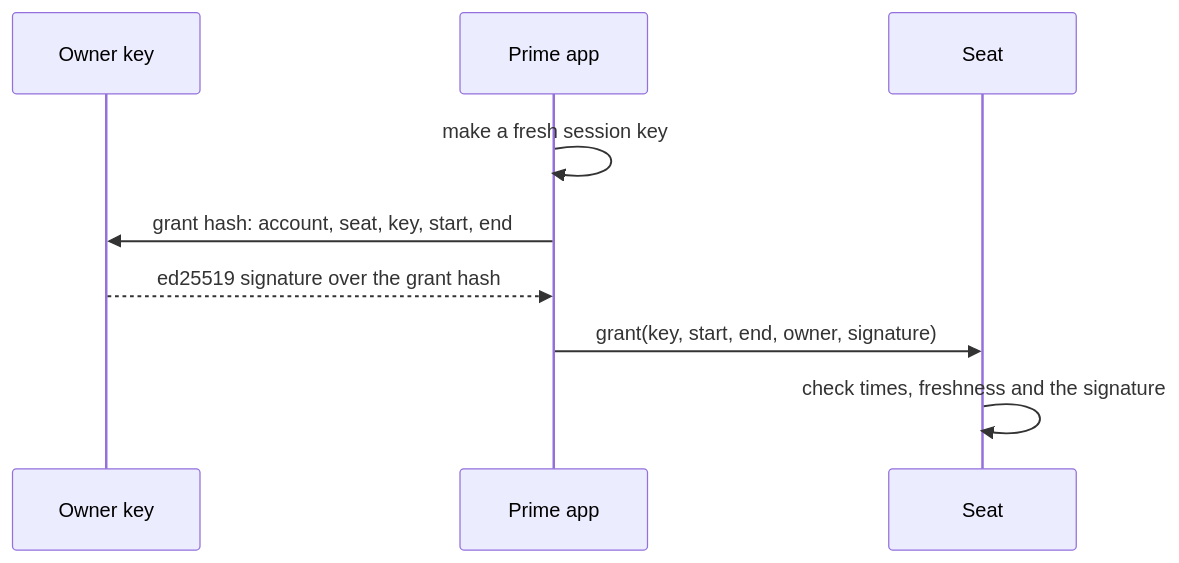
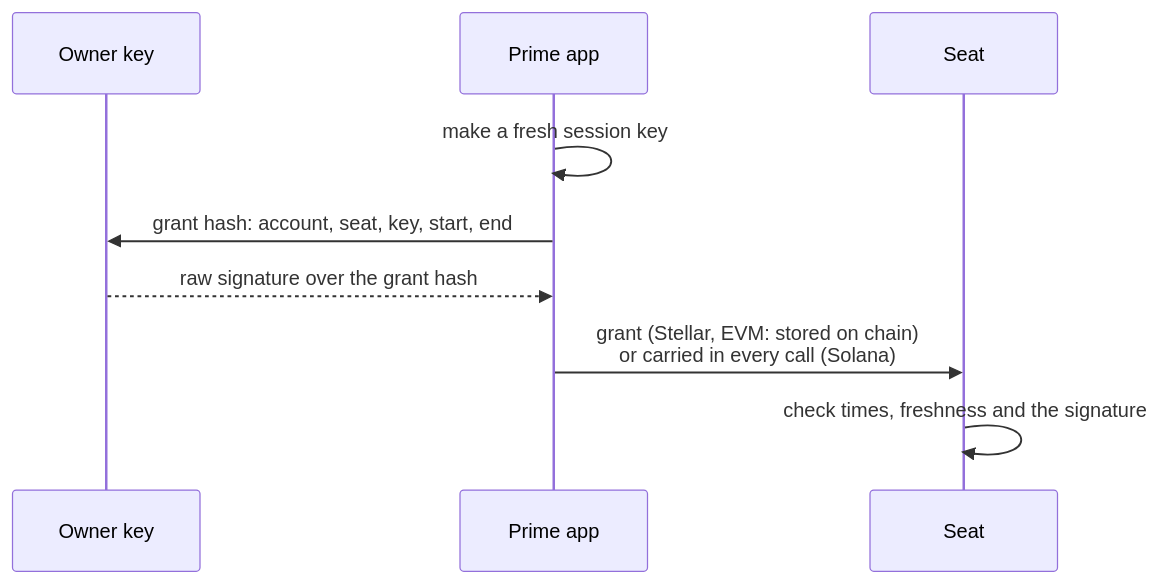
One commit to untangledfinance/oz-policy-builder changed the fifth of 6 diagrams in docs/architecture.md. Above: the diagram before and after it, drawn with Mermaid. The commit also changed other lines of this file and 7 other files, not shown here.

First line of the commit message:
docs: cover EVM and Solana alongside Stellar

````diff
--- a/docs/architecture.md
+++ b/docs/architecture.md
@@ -192,11 +224,11 @@
 ```mermaid
 sequenceDiagram
   participant O as Owner key
   participant A as Prime app
   participant S as Seat
   A->>A: make a fresh session key
   A->>O: grant hash: account, seat, key, start, end
-  O-->>A: ed25519 signature over the grant hash
-  A->>S: grant(key, start, end, owner, signature)
+  O-->>A: raw signature over the grant hash
+  A->>S: grant (Stellar, EVM: stored on chain)<br/>or carried in every call (Solana)
   S->>S: check times, freshness and the signature
 ```
````
